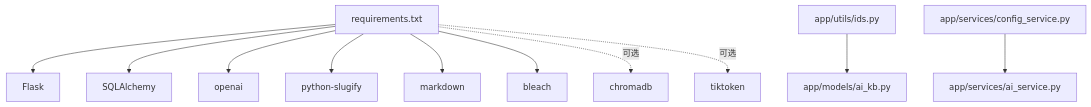
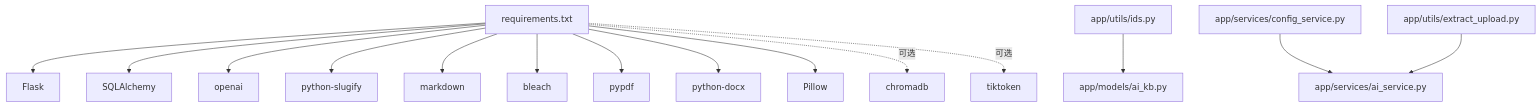
One commit to beyondalbert/my_wiki changed diagram 12 of 13 in .qoder/repowiki/zh/content/核心模块/AI知识库模块/AI知识库服务层.md. Above: the diagram before and after it, drawn with Mermaid. The commit also changed other lines of this file and 7 other files, not shown here.

````diff
--- a/.qoder/repowiki/zh/content/核心模块/AI知识库模块/AI知识库服务层.md
+++ b/.qoder/repowiki/zh/content/核心模块/AI知识库模块/AI知识库服务层.md
@@ -380,13 +502,17 @@
 ```mermaid
 graph TB
 REQ["requirements.txt"] --> FLASK["Flask"]
 REQ --> SA["SQLAlchemy"]
 REQ --> OA["openai"]
 REQ --> SLUG["python-slugify"]
 REQ --> MD["markdown"]
 REQ --> BL["bleach"]
+REQ --> PYPDF["pypdf"]
+REQ --> DOCX["python-docx"]
+REQ --> PIL["Pillow"]
 REQ -. 可选 .-> CHROMA["chromadb"]
 REQ -. 可选 .-> TIK["tiktoken"]
 ID_GEN["app/utils/ids.py"] --> MODELS["app/models/ai_kb.py"]
 CONF_SVC["app/services/config_service.py"] --> SVC_AI["app/services/ai_service.py"]
+EXTRACT_UPLOAD["app/utils/extract_upload.py"] --> SVC_AI
 ```
````
